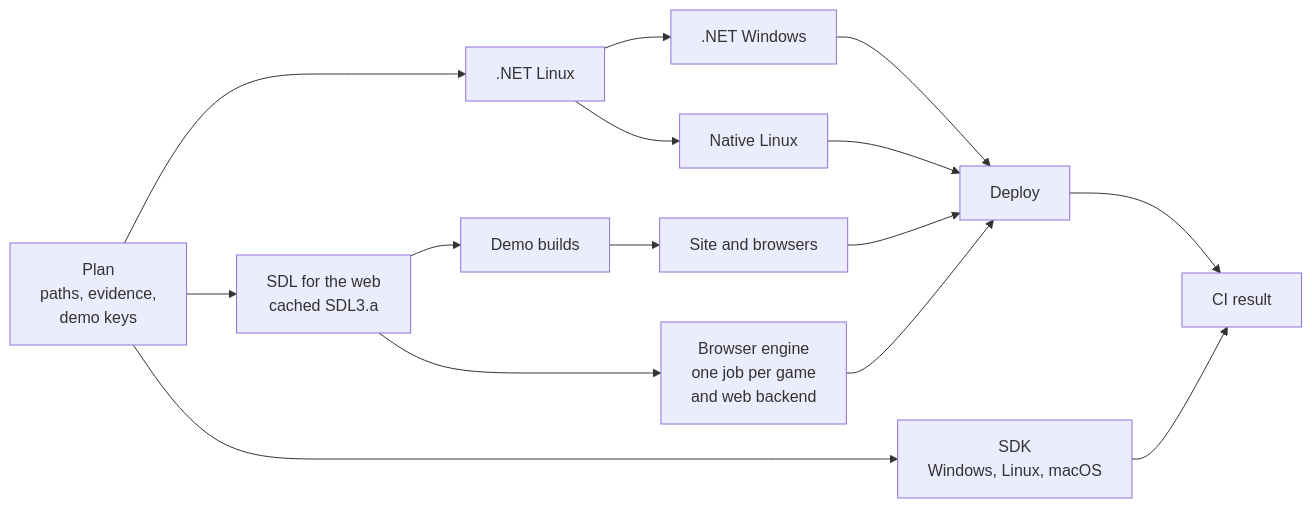
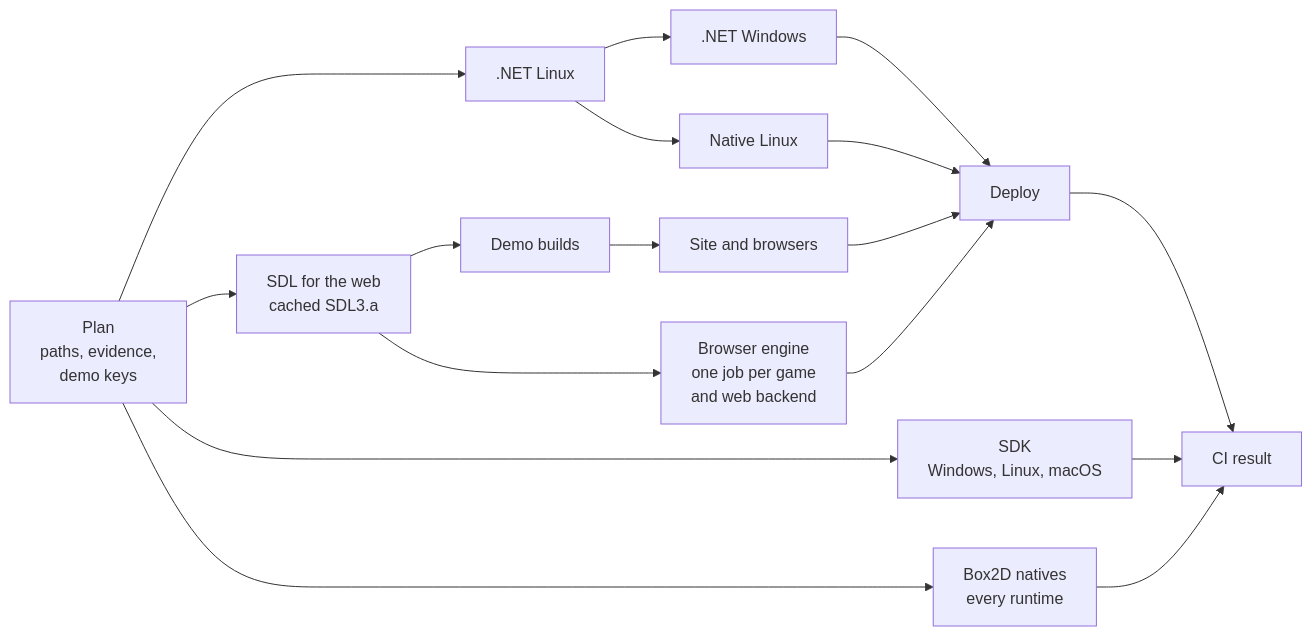
The first of 2 diagrams in docs/ci.md (NastMz/MicroEngine), drawn with Mermaid before and after one commit. The commit also changed other lines of this file, not shown here.

Commit message:
docs(ci): describe the Box2D natives workflow in daily CI

````diff
--- a/docs/ci.md
+++ b/docs/ci.md
@@ -30,19 +32,21 @@
 ```mermaid
 flowchart LR
   accTitle: Daily CI
   accDescr: Plan decides the checks, the checks run, the site deploys if needed, and CI result gates everything.
   plan[Plan<br/>paths, evidence,<br/>demo keys] --> linux[.NET Linux]
   linux --> windows[.NET Windows]
   linux --> native[Native Linux]
   plan --> sdlweb[SDL for the web<br/>cached SDL3.a]
   sdlweb --> build[Demo builds]
   sdlweb --> engine[Browser engine<br/>one job per game<br/>and web backend]
   plan --> sdk[SDK<br/>Windows, Linux, macOS]
+  plan --> box2d[Box2D natives<br/>every runtime]
   build --> site[Site and browsers]
   windows --> deploy[Deploy]
   native --> deploy
   site --> deploy
   engine --> deploy
   deploy --> result[CI result]
   sdk --> result
+  box2d --> result
 ```
````
